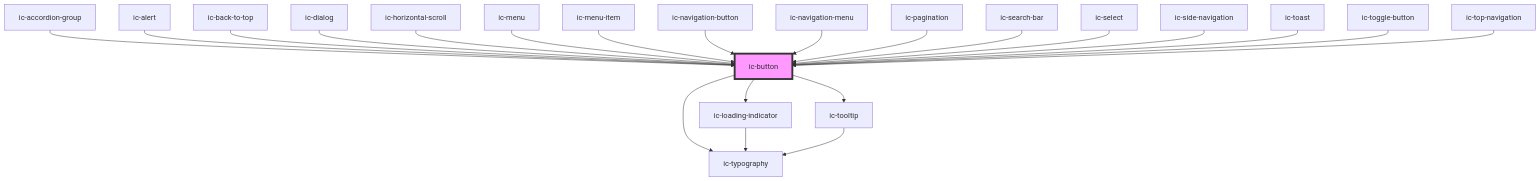
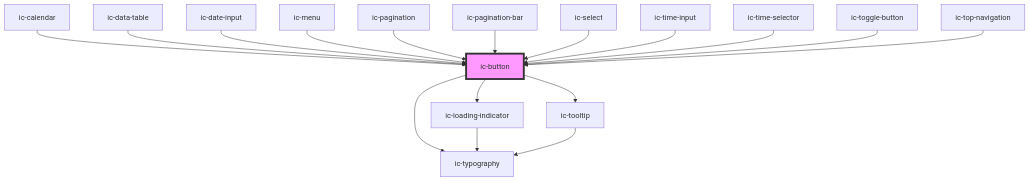
One commit to mi6/ic-ui-kit changed the diagram in packages/web-components/src/components/ic-button/readme.md. Above: the diagram before and after it, drawn with Mermaid. The commit also changed other lines of this file and 19 other files, not shown here.

````diff
--- a/packages/web-components/src/components/ic-button/readme.md
+++ b/packages/web-components/src/components/ic-button/readme.md
@@ -112,25 +107,20 @@
 ```mermaid
 graph TD;
   ic-button --> ic-typography
   ic-button --> ic-loading-indicator
   ic-button --> ic-tooltip
   ic-loading-indicator --> ic-typography
   ic-tooltip --> ic-typography
-  ic-accordion-group --> ic-button
-  ic-alert --> ic-button
-  ic-back-to-top --> ic-button
-  ic-dialog --> ic-button
-  ic-horizontal-scroll --> ic-button
+  ic-calendar --> ic-button
+  ic-data-table --> ic-button
+  ic-date-input --> ic-button
   ic-menu --> ic-button
-  ic-menu-item --> ic-button
-  ic-navigation-button --> ic-button
-  ic-navigation-menu --> ic-button
   ic-pagination --> ic-button
-  ic-search-bar --> ic-button
+  ic-pagination-bar --> ic-button
   ic-select --> ic-button
-  ic-side-navigation --> ic-button
-  ic-toast --> ic-button
+  ic-time-input --> ic-button
+  ic-time-selector --> ic-button
   ic-toggle-button --> ic-button
   ic-top-navigation --> ic-button
   style ic-button fill:#f9f,stroke:#333,stroke-width:4px
 ```
````
